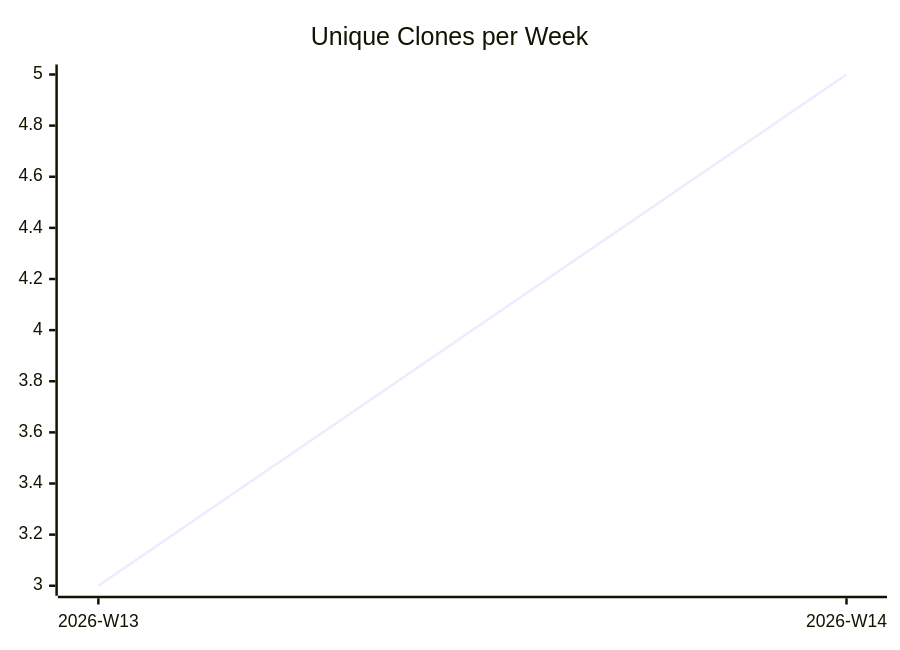
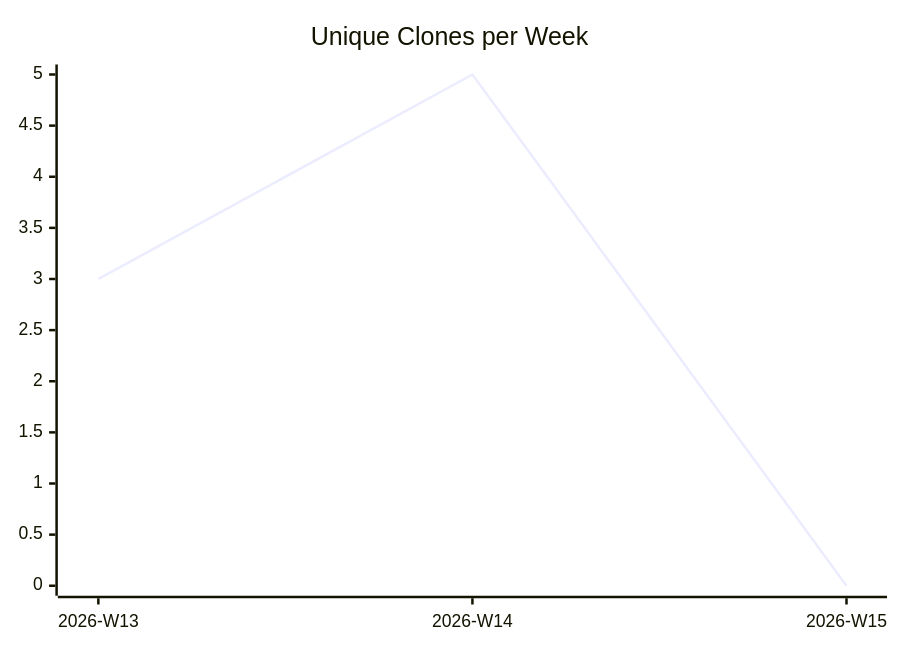
Before and after one commit to justdavis-family/github-analytics-data: the third of 3 diagrams in karlmdavis/dotfiles/README.md, drawn with Mermaid. The commit also changed other lines of this file and 190 other files, not shown here.

````diff
--- a/karlmdavis/dotfiles/README.md
+++ b/karlmdavis/dotfiles/README.md
@@ -19,6 +19,6 @@
 ```mermaid
 xychart-beta
   title "Unique Clones per Week"
-  x-axis ["2026-W13", "2026-W14"]
-  line [3, 5]
+  x-axis ["2026-W13", "2026-W14", "2026-W15"]
+  line [3, 5, 0]
 ```
````
